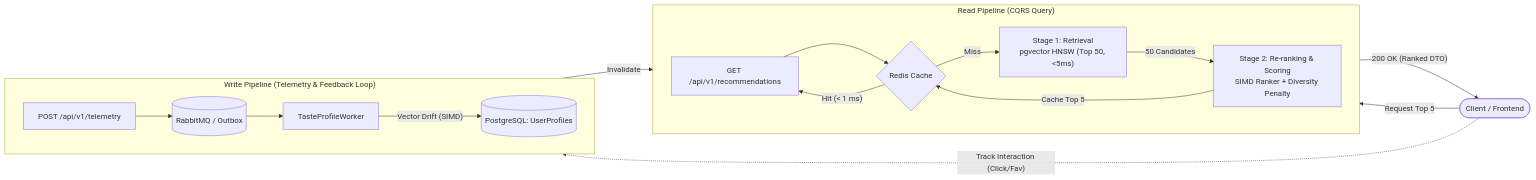
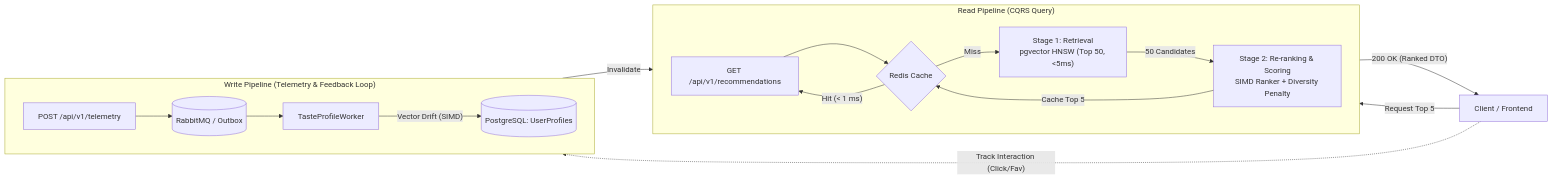
One commit to MikolajKocik/realtime-vector-recsys changed the diagram in README.md. Above: the diagram before and after it, drawn with Mermaid. The commit also changed other lines of this file, not shown here.

Commit message:
Fix README title and Mermaid diagram for realtime-vector-recsys

````diff
--- a/README.md
+++ b/README.md
@@ -11,34 +11,33 @@
 ```mermaid
 flowchart LR
-    Client([Client / Frontend])
+    Client["Client / Frontend"]
 
-    subgraph ReadPath ["Read Pipeline (CQRS Query)"]
+    subgraph ReadPath["Read Pipeline (CQRS Query)"]
         direction LR
         RecEndpoint["GET /api/v1/recommendations"]
-        RedisCache{Redis Cache}
+        RedisCache{"Redis Cache"}
         HNSW["Stage 1: Retrieval<br/>pgvector HNSW (Top 50, <5ms)"]
         Ranker["Stage 2: Re-ranking & Scoring<br/>SIMD Ranker + Diversity Penalty"]
-        
-        RecEndpoint --> RedisCache
-        RedisCache -->|"Hit (< 1 ms)"| RecEndpoint
-        RedisCache -->|Miss| HNSW
-        HNSW -->|"50 Candidates"| Ranker
-        Ranker -->|"Cache Top 5"| RedisCache
     end
 
-    subgraph WritePath ["Write Pipeline (Telemetry & Feedback Loop)"]
+    subgraph WritePath["Write Pipeline (Telemetry & Feedback Loop)"]
         direction LR
         Telemetry["POST /api/v1/telemetry"]
-        Broker[(RabbitMQ / Outbox)]
-        Worker[TasteProfileWorker]
-        Postgres[(PostgreSQL: UserProfiles)]
-        
-        Telemetry --> Broker --> Worker
-        Worker -->|"Vector Drift (SIMD)"| Postgres
-        Worker -->|"Invalidate"| RedisCache
+        Broker[("RabbitMQ / Outbox")]
+        Worker["TasteProfileWorker"]
+        Postgres[("PostgreSQL: UserProfiles")]
     end
 
     Client -->|"Request Top 5"| RecEndpoint
+    RecEndpoint --> RedisCache
+    RedisCache -->|"Hit (< 1 ms)"| RecEndpoint
+    RedisCache -->|"Miss"| HNSW
+    HNSW -->|"50 Candidates"| Ranker
+    Ranker -->|"Cache Top 5"| RedisCache
     RecEndpoint -->|"200 OK (Ranked DTO)"| Client
+
     Client -.->|"Track Interaction (Click/Fav)"| Telemetry
+    Telemetry --> Broker --> Worker
+    Worker -->|"Vector Drift (SIMD)"| Postgres
+    Worker -->|"Invalidate"| RedisCache
 ```
````
